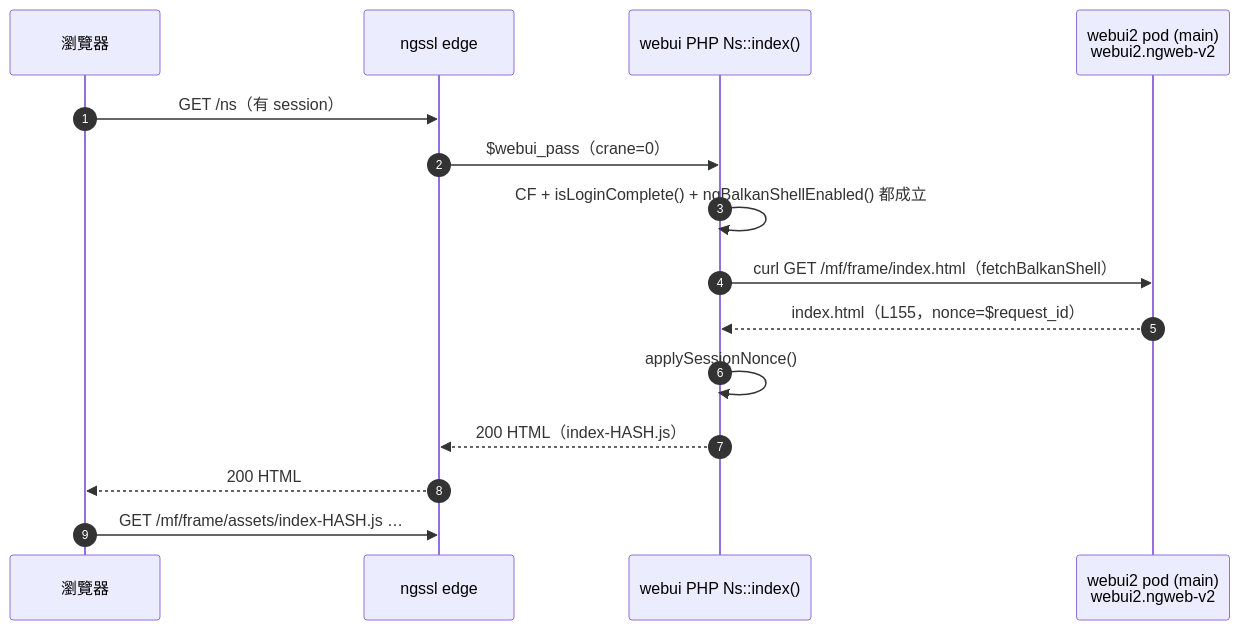
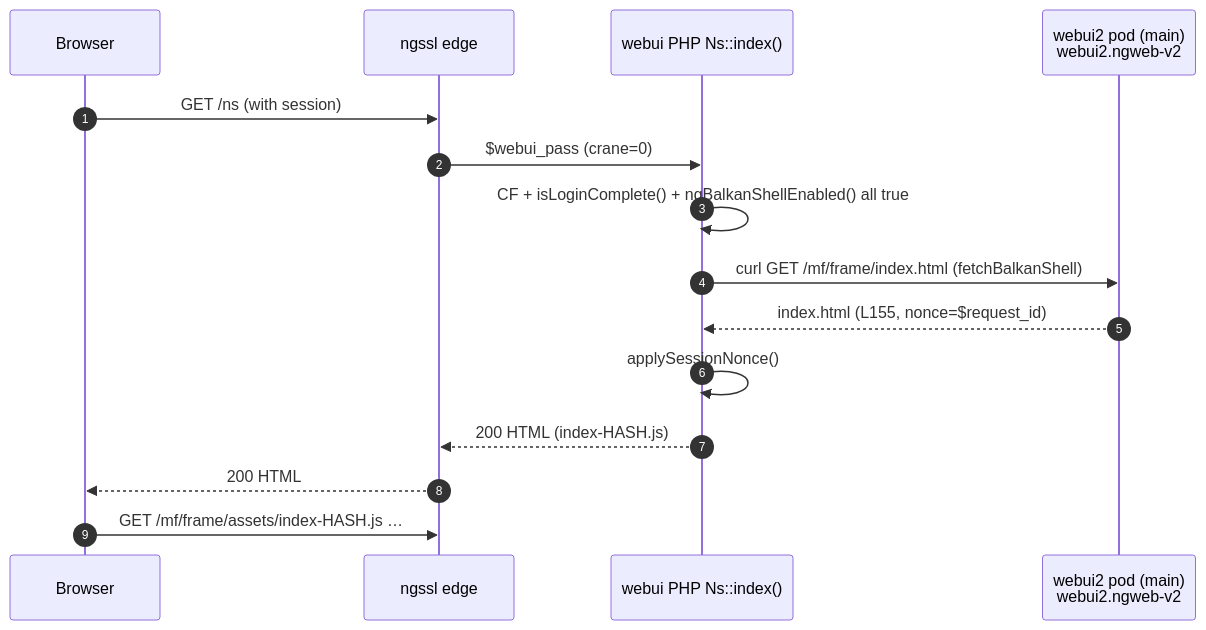
The fourth of 8 diagrams in knowledge/crane-frame-index-serving.md (ns-lhsiao/lhsiao-claude), drawn with Mermaid before and after one commit. The commit also changed other lines of this file and 1 other file, not shown here.

First line of the commit message:
docs: translate crane webui2 render knowledge to English

````diff
--- a/knowledge/crane-frame-index-serving.md
+++ b/knowledge/crane-frame-index-serving.md
@@ -123,17 +123,17 @@
 ```mermaid
 sequenceDiagram
   autonumber
-  participant B as 瀏覽器
+  participant B as Browser
   participant E as ngssl edge
   participant P as webui PHP Ns::index()
   participant W as webui2 pod (main)<br/>webui2.ngweb-v2
-  B->>E: GET /ns（有 session）
-  E->>P: $webui_pass（crane=0）
-  P->>P: CF + isLoginComplete() + ngBalkanShellEnabled() 都成立
-  P->>W: curl GET /mf/frame/index.html（fetchBalkanShell）
-  W-->>P: index.html（L155，nonce=$request_id）
+  B->>E: GET /ns (with session)
+  E->>P: $webui_pass (crane=0)
+  P->>P: CF + isLoginComplete() + ngBalkanShellEnabled() all true
+  P->>W: curl GET /mf/frame/index.html (fetchBalkanShell)
+  W-->>P: index.html (L155, nonce=$request_id)
   P->>P: applySessionNonce()
-  P-->>E: 200 HTML（index-HASH.js）
+  P-->>E: 200 HTML (index-HASH.js)
   E-->>B: 200 HTML
   B->>E: GET /mf/frame/assets/index-HASH.js …
 ```
````
